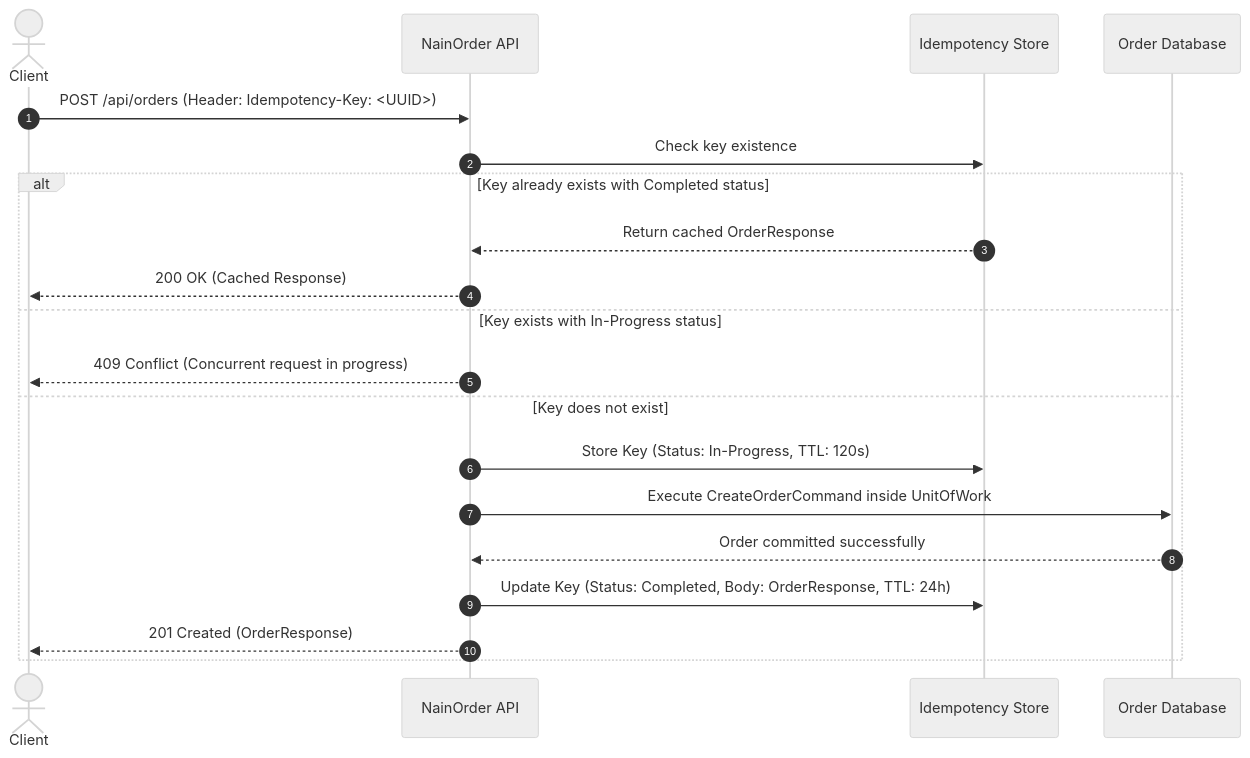
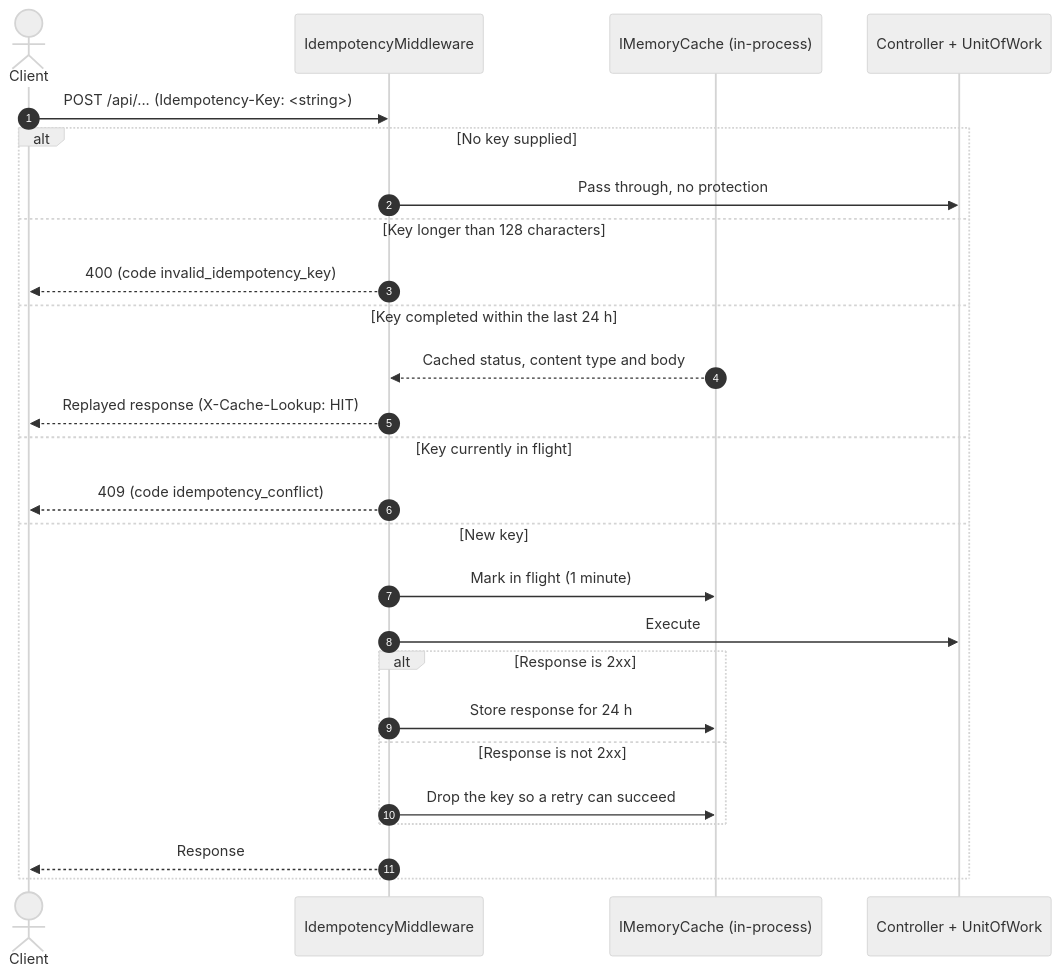
The second of 2 diagrams in docs/22-threat-model.md (Nain9Dev/NainOrder), drawn with Mermaid (neutral theme) before and after one commit. The commit also changed other lines of this file and 4 other files, not shown here.

````diff
--- a/docs/22-threat-model.md
+++ b/docs/22-threat-model.md
@@ -59,23 +118,29 @@
 ```mermaid
 sequenceDiagram
     autonumber
     actor Client
-    participant API as NainOrder API
-    participant Cache as Idempotency Store
-    participant DB as Order Database
+    participant MW as IdempotencyMiddleware
+    participant Cache as IMemoryCache (in-process)
+    participant App as Controller + UnitOfWork
 
-    Client->>API: POST /api/orders (Header: Idempotency-Key: <UUID>)
-    API->>Cache: Check key existence
-    alt Key already exists with Completed status
-        Cache-->>API: Return cached OrderResponse
-        API-->>Client: 200 OK (Cached Response)
-    else Key exists with In-Progress status
-        API-->>Client: 409 Conflict (Concurrent request in progress)
-    else Key does not exist
-        API->>Cache: Store Key (Status: In-Progress, TTL: 120s)
-        API->>DB: Execute CreateOrderCommand inside UnitOfWork
-        DB-->>API: Order committed successfully
-        API->>Cache: Update Key (Status: Completed, Body: OrderResponse, TTL: 24h)
-        API-->>Client: 201 Created (OrderResponse)
+    Client->>MW: POST /api/... (Idempotency-Key: <string>)
+    alt No key supplied
+        MW->>App: Pass through, no protection
+    else Key longer than 128 characters
+        MW-->>Client: 400 (code invalid_idempotency_key)
+    else Key completed within the last 24 h
+        Cache-->>MW: Cached status, content type and body
+        MW-->>Client: Replayed response (X-Cache-Lookup: HIT)
+    else Key currently in flight
+        MW-->>Client: 409 (code idempotency_conflict)
+    else New key
+        MW->>Cache: Mark in flight (1 minute)
+        MW->>App: Execute
+        alt Response is 2xx
+            MW->>Cache: Store response for 24 h
+        else Response is not 2xx
+            MW->>Cache: Drop the key so a retry can succeed
+        end
+        MW-->>Client: Response
     end
 ```
````
